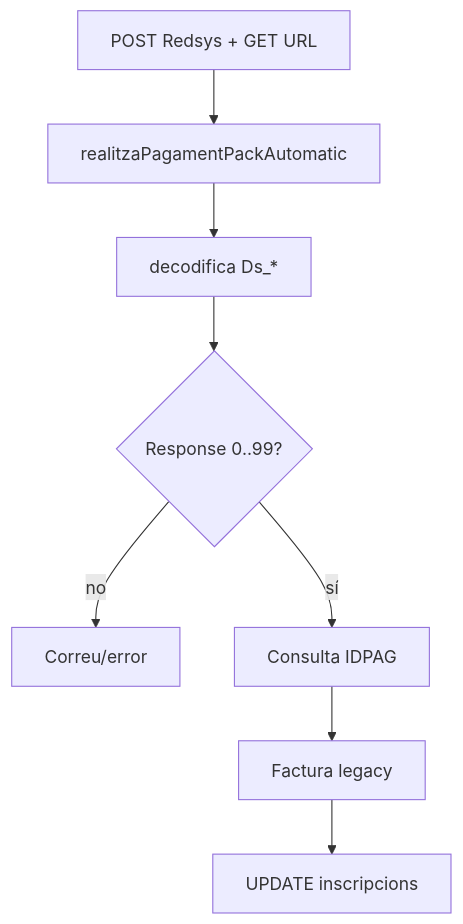
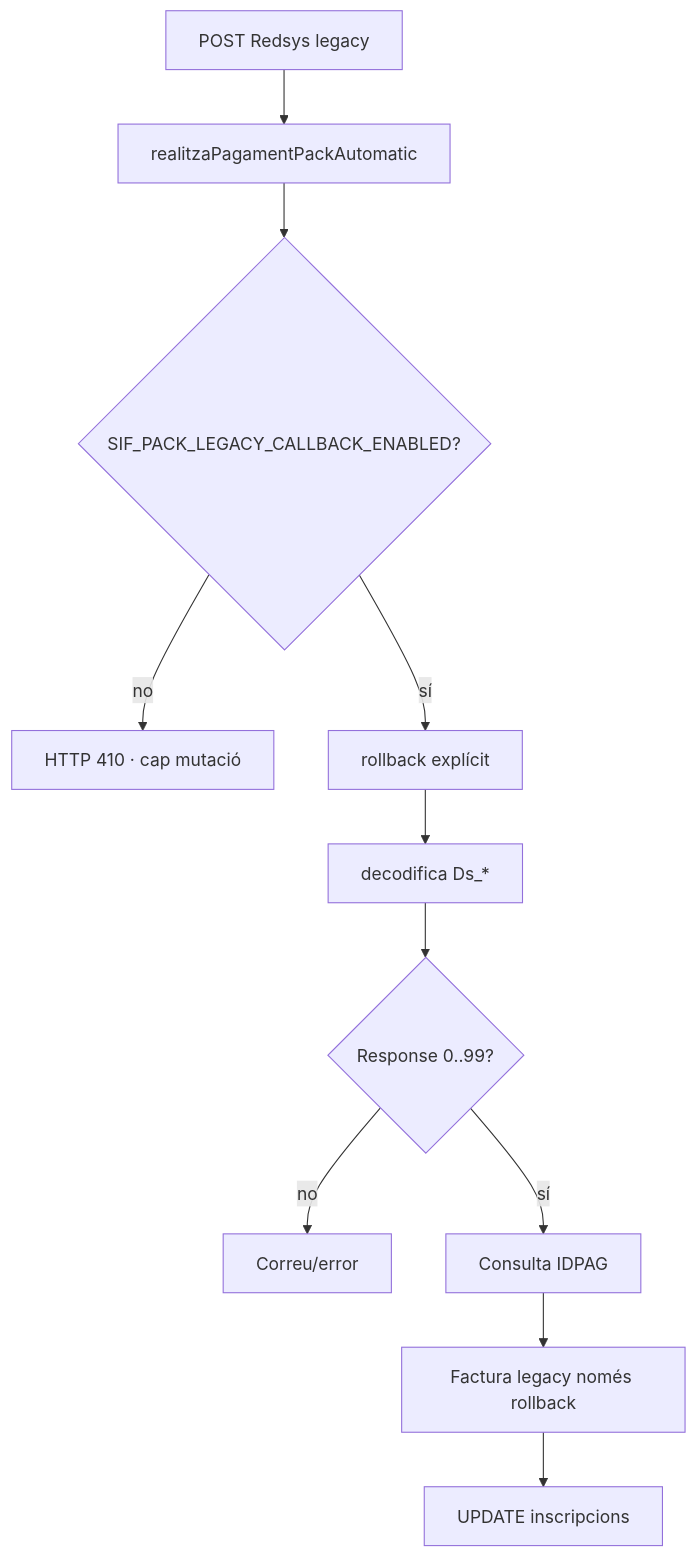
Before and after one commit to orgmeriemprismacat-del/verifactu: diagram 11 of 20 in documentacio/07-uml-integrat/uc-015-activitats-pagines-pack-actual-final.md, drawn with Mermaid. The commit also changed other lines of this file, not shown here.

Commit message:
docs(uc-015): actualitzar activitats callback retirat

````diff
--- a/documentacio/07-uml-integrat/uc-015-activitats-pagines-pack-actual-final.md
+++ b/documentacio/07-uml-integrat/uc-015-activitats-pagines-pack-actual-final.md
@@ -146,10 +146,13 @@
 ```mermaid
 flowchart TD
-A[POST Redsys + GET URL] --> B[realitzaPagamentPackAutomatic]
-B --> C[decodifica Ds_*]
-C --> D{Response 0..99?}
-D -- no --> E[Correu/error]
-D -- sí --> F[Consulta IDPAG]
-F --> G[Factura legacy]
-G --> H[UPDATE inscripcions]
+A[POST Redsys legacy] --> B[realitzaPagamentPackAutomatic]
+B --> C{SIF_PACK_LEGACY_CALLBACK_ENABLED?}
+C -- no --> D[HTTP 410 · cap mutació]
+C -- sí --> E[rollback explícit]
+E --> F[decodifica Ds_*]
+F --> G{Response 0..99?}
+G -- no --> H[Correu/error]
+G -- sí --> I[Consulta IDPAG]
+I --> J[Factura legacy només rollback]
+J --> K[UPDATE inscripcions]
 ```
````
